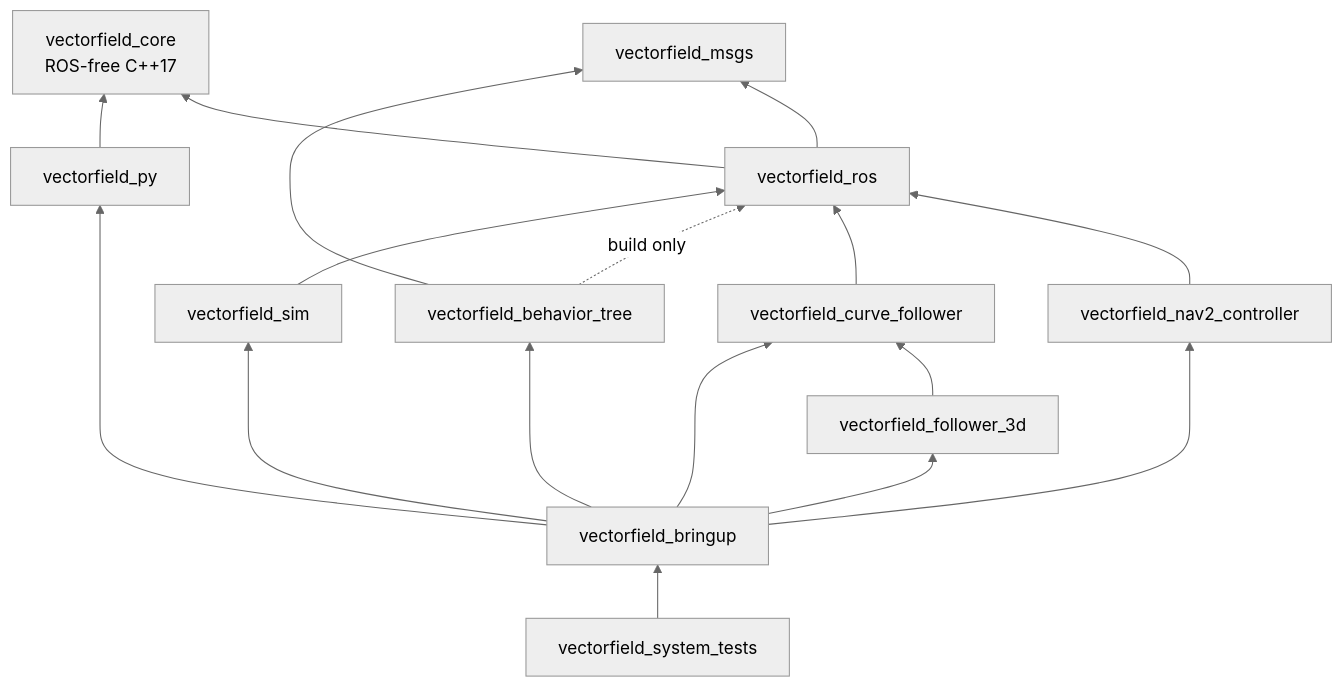
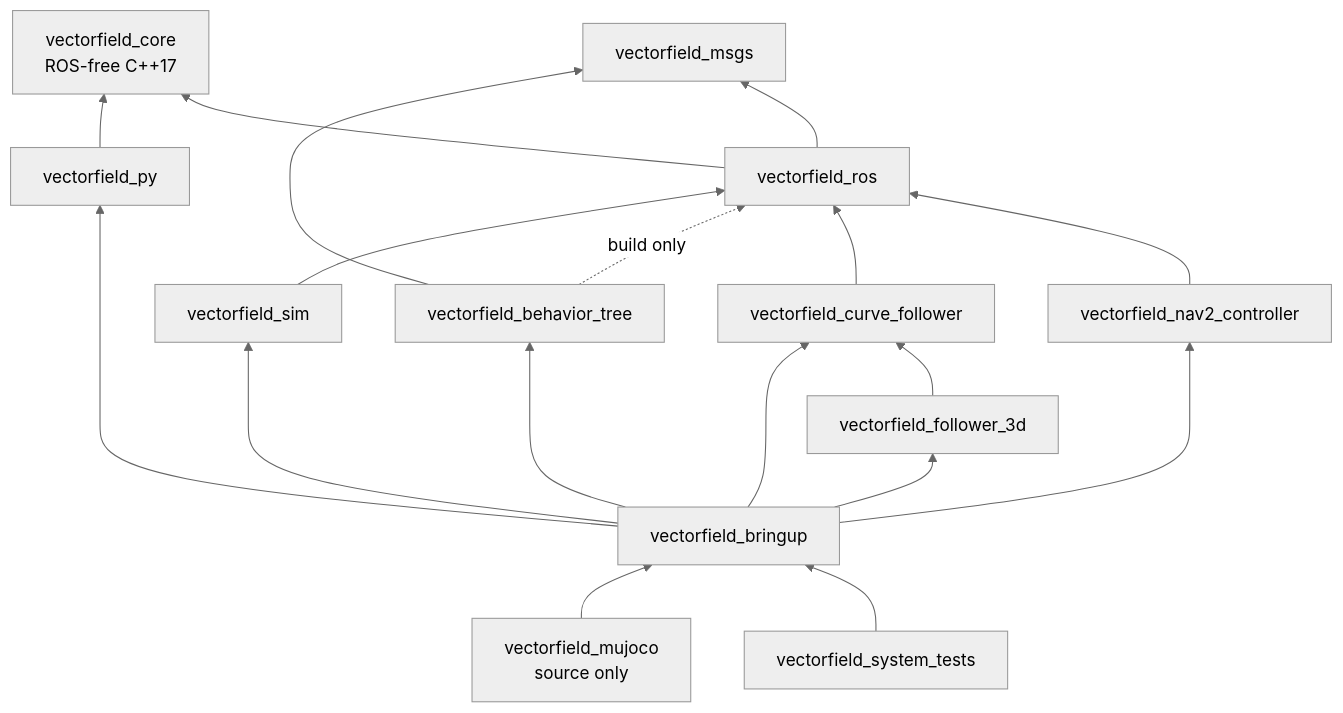
Before and after one commit to h3ct0r/vectorfield_nav2: the diagram in README.md, drawn with Mermaid (neutral theme). The commit also changed other lines of this file and 23 other files, not shown here.

````diff
--- a/README.md
+++ b/README.md
@@ -57,31 +142,33 @@
 ```mermaid
 flowchart BT
   core["vectorfield_core<br/>ROS-free C++17"]
   msgs["vectorfield_msgs"]
   ros["vectorfield_ros"]
   ctrl["vectorfield_nav2_controller"]
   follower["vectorfield_curve_follower"]
   follower3d["vectorfield_follower_3d"]
   bt["vectorfield_behavior_tree"]
   sim["vectorfield_sim"]
   py["vectorfield_py"]
   bringup["vectorfield_bringup"]
   tests["vectorfield_system_tests"]
+  mujoco["vectorfield_mujoco<br/>source only"]
 
   ros --> core
   ros --> msgs
   ctrl --> ros
   follower --> ros
   follower3d --> follower
   bt --> msgs
   bt -.->|build only| ros
   sim --> ros
   py --> core
   bringup --> ctrl
   bringup --> follower
   bringup --> follower3d
   bringup --> bt
   bringup --> sim
   bringup --> py
   tests --> bringup
+  mujoco --> bringup
 ```
````
